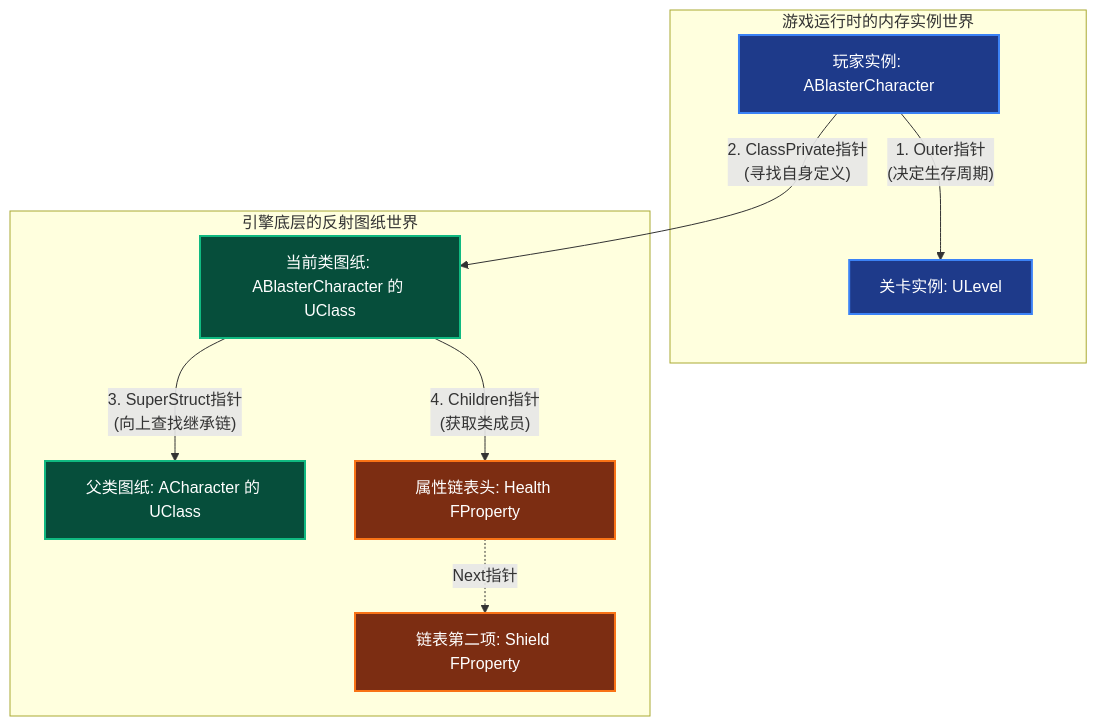
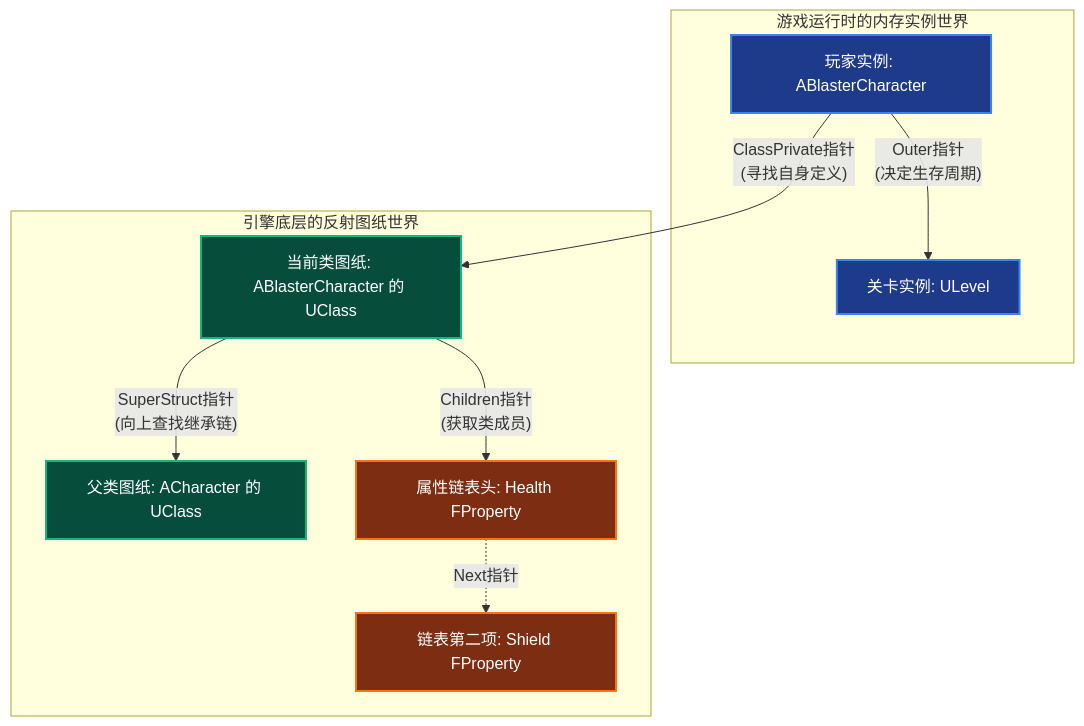
The second of 2 diagrams in pages/posts/UE5_UObject.md (ako-rin/akorin12138.github.io), drawn with Mermaid before and after one commit. The commit also changed other lines of this file and 1 other file, not shown here.

````diff
--- a/pages/posts/UE5_UObject.md
+++ b/pages/posts/UE5_UObject.md
@@ -87,37 +89,37 @@
 ```mermaid
 graph TD
     %% 定义样式
     classDef instance fill:#1e3a8a,stroke:#3b82f6,stroke-width:2px,color:#fff
     classDef meta fill:#064e3b,stroke:#10b981,stroke-width:2px,color:#fff
     classDef property fill:#7c2d12,stroke:#f97316,stroke-width:2px,color:#fff
 
     subgraph InstanceWorld [游戏运行时的内存实例世界]
         Obj_Level[关卡实例: ULevel]:::instance
         Obj_Player[玩家实例: ABlasterCharacter]:::instance
     end
 
     subgraph MetaWorld [引擎底层的反射图纸世界]
         Meta_ParentClass[父类图纸: ACharacter 的 UClass]:::meta
         Meta_Class[当前类图纸: ABlasterCharacter 的 UClass]:::meta
         
         Prop_Health[属性链表头: Health FProperty]:::property
         Prop_Shield[链表第二项: Shield FProperty]:::property
     end
 
     %% ================= 核心 4 指针连线 =================
     
     %% 1. Outer (我归谁管)
-    Obj_Player -->|"1. Outer指针<br/>(决定生存周期)"| Obj_Level
+    Obj_Player -->|"Outer指针<br/>(决定生存周期)"| Obj_Level
     
     %% 2. ClassPrivate (我是谁)
-    Obj_Player -->|"2. ClassPrivate指针<br/>(寻找自身定义)"| Meta_Class
+    Obj_Player -->|"ClassPrivate指针<br/>(寻找自身定义)"| Meta_Class
     
     %% 3. SuperStruct (祖先是谁)
-    Meta_Class -->|"3. SuperStruct指针<br/>(向上查找继承链)"| Meta_ParentClass
+    Meta_Class -->|"SuperStruct指针<br/>(向上查找继承链)"| Meta_ParentClass
     
     %% 4. Children (肚子里有什么)
-    Meta_Class -->|"4. Children指针<br/>(获取类成员)"| Prop_Health
+    Meta_Class -->|"Children指针<br/>(获取类成员)"| Prop_Health
 
     %% 顺带展示一下链表是怎么工作的
     Prop_Health -.->|"Next指针"| Prop_Shield
 ```
````
